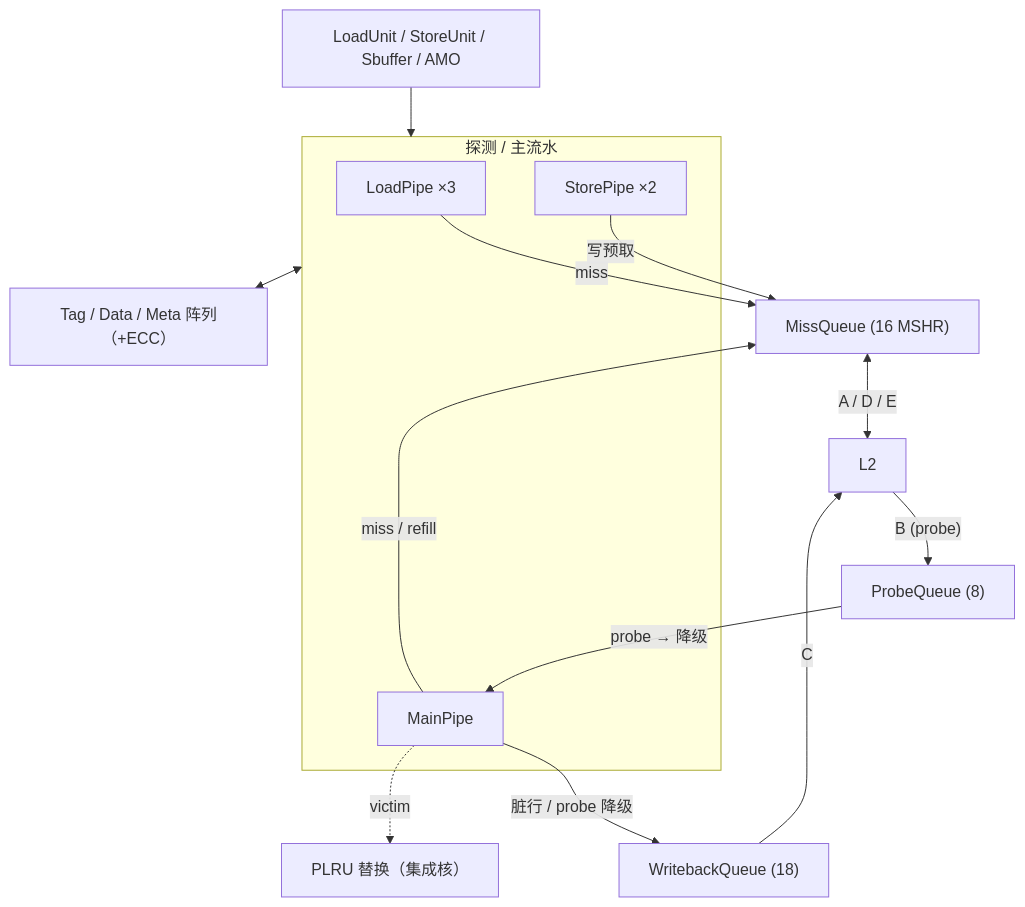
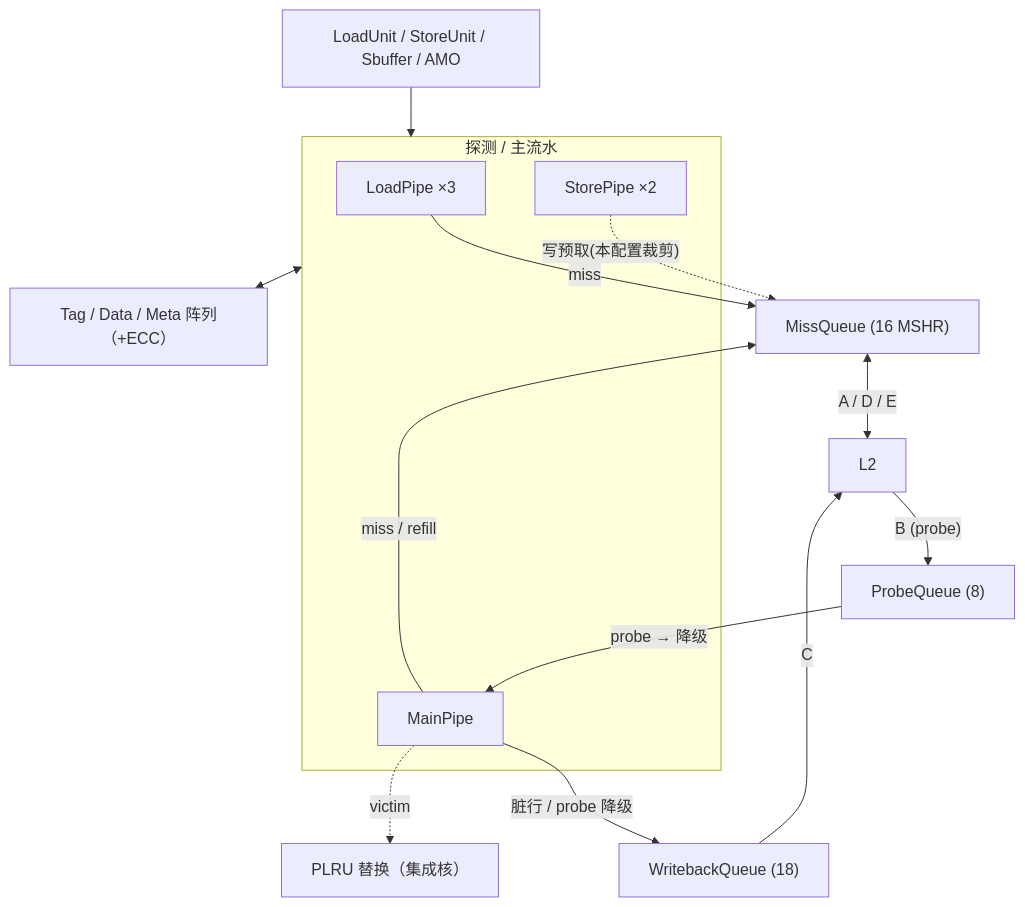
The seventh of 7 diagrams in docs/memblock/arch/3-DCACHE_PRINCIPLES.md (shengnanli/xs-v2r2-sv), drawn with Mermaid before and after one commit. The commit also changed other lines of this file, not shown here.

Commit message:
docs(memblock/arch): DCACHE §4/§9图 StorePipe→MissQueue 边标注'本配置裁剪'——golden StorePipe为1输入0输出空壳(StorePrefetchL1Enabled=false死码消除),写预取M_PFW仅完整设计存在

````diff
--- a/docs/memblock/arch/3-DCACHE_PRINCIPLES.md
+++ b/docs/memblock/arch/3-DCACHE_PRINCIPLES.md
@@ -304,20 +304,20 @@
 ```mermaid
 flowchart TB
   LU["LoadUnit / StoreUnit / Sbuffer / AMO"] --> PIPES
   subgraph PIPES["探测 / 主流水"]
     LP["LoadPipe ×3"]
     SP["StorePipe ×2"]
     MP["MainPipe"]
   end
   ARR["Tag / Data / Meta 阵列（+ECC）"]
   PIPES <--> ARR
   LP -->|miss| MQ["MissQueue (16 MSHR)"]
-  SP -->|"写预取"| MQ
+  SP -. "写预取(本配置裁剪)" .-> MQ
   MP -->|"miss / refill"| MQ
   MP -->|"脏行 / probe 降级"| WBQ["WritebackQueue (18)"]
   PQ["ProbeQueue (8)"] -->|"probe → 降级"| MP
   MQ <-->|"A / D / E"| L2["L2"]
   WBQ -->|"C"| L2
   L2 -->|"B (probe)"| PQ
   MP -. victim .-> REPL["PLRU 替换（集成核）"]
 ```
````
